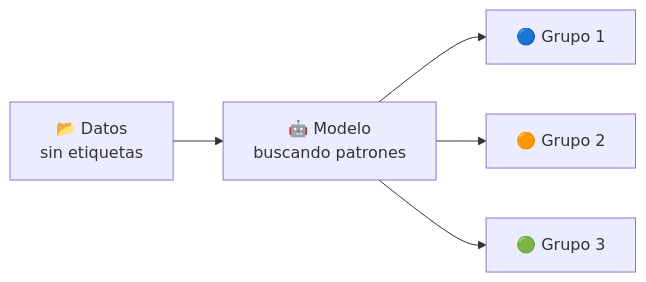
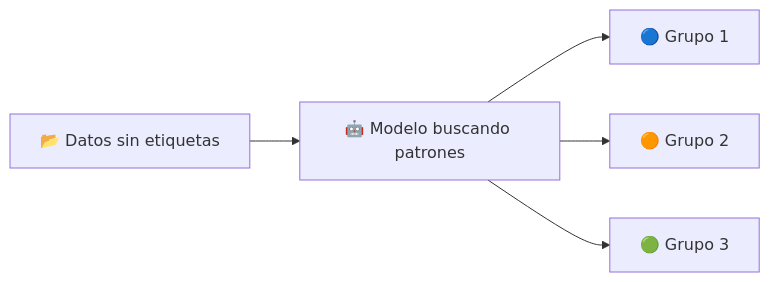
One commit to michelleg06/curso_IA changed the first of 2 diagrams in sesiones/sesion-01.qmd. Above: the diagram before and after it, drawn with Mermaid. The commit also changed other lines of this file and 4 other files, not shown here.

````diff
--- a/sesiones/sesion-01.qmd
+++ b/sesiones/sesion-01.qmd
@@ -517,7 +961,7 @@
 ```{mermaid}
 flowchart LR
-    A["📂 Datos\nsin etiquetas"] --> B["🤖 Modelo\nbuscando patrones"]
+    A["📂 Datos sin etiquetas"] --> B["🤖 Modelo buscando patrones"]
     B --> C["🔵 Grupo 1"]
     B --> D["🟠 Grupo 2"]
     B --> E["🟢 Grupo 3"]
 ```
````
